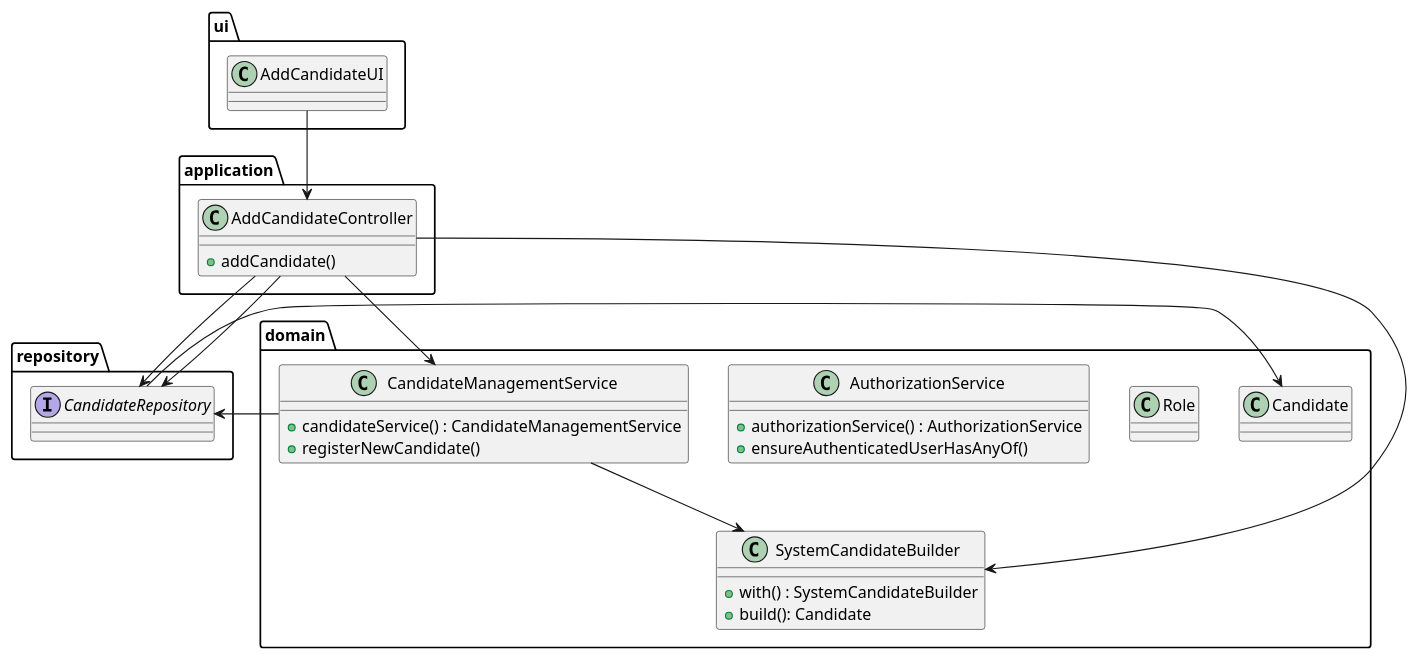
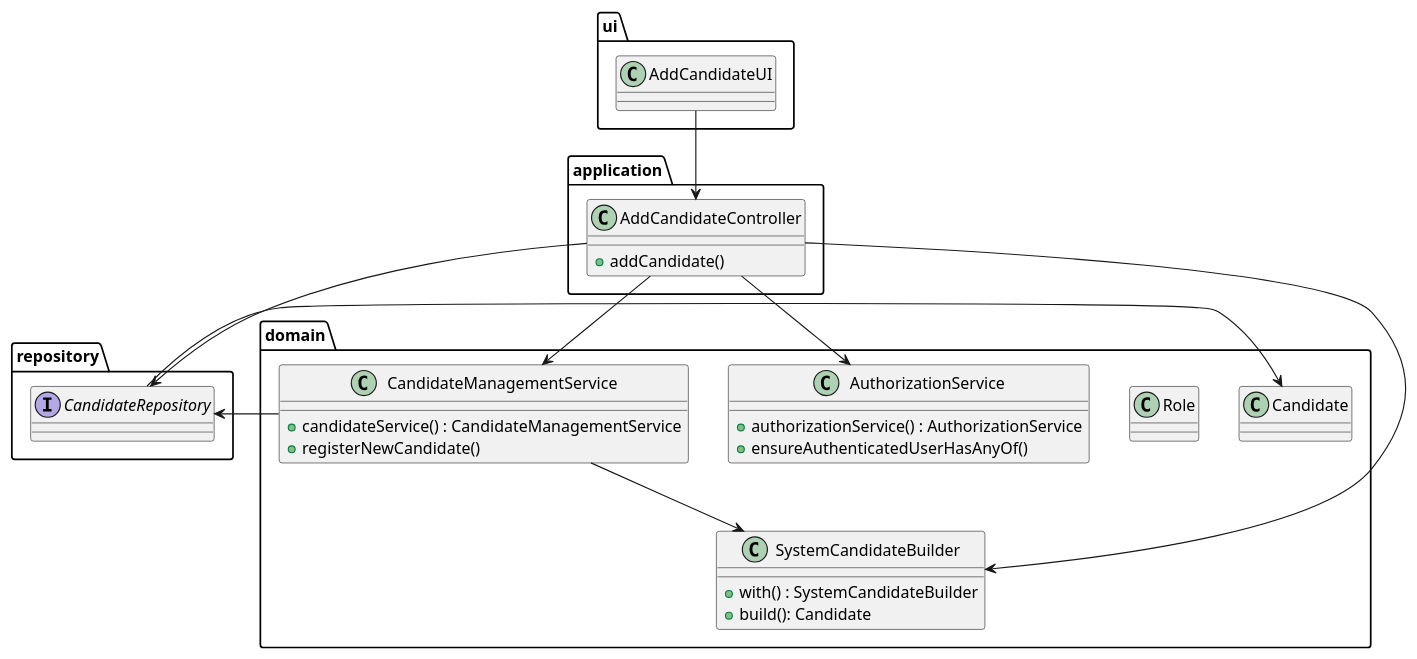
The diagram in docs/sprintB/2000a/puml/2000a-class-diagram.puml (marcoferreira37/Lapr4), drawn with PlantUML before and after one commit. The commit also changed 9 other files, not shown here.

```diff
--- a/docs/sprintB/2000a/puml/2000a-class-diagram.puml
+++ b/docs/sprintB/2000a/puml/2000a-class-diagram.puml
@@ -1,59 +1,59 @@
 @startuml
 
 
 
 
 package ui {
         class AddCandidateUI {
         }
     }
 
 
 
 
     package application {
         class AddCandidateController {
             +addCandidate()
         }
     }
 
     package repository {
 
         interface CandidateRepository{
         }
     }
 
     package domain {
         class Role {}
 
         class AuthorizationService {
             +authorizationService() : AuthorizationService
             +ensureAuthenticatedUserHasAnyOf()
         }
 
         class CandidateManagementService {
             +candidateService() : CandidateManagementService
             +registerNewCandidate()
         }
 
         class SystemCandidateBuilder {
             +with() : SystemCandidateBuilder
             +build(): Candidate
         }
 
         class Candidate {
         }
     }
 
 
 
 CandidateManagementService --> CandidateRepository
 CandidateManagementService --> SystemCandidateBuilder
 AddCandidateUI --> AddCandidateController
 AddCandidateController --> CandidateManagementService
 AddCandidateController --> SystemCandidateBuilder
 AddCandidateController --> CandidateRepository
-AddCandidateController --> CandidateRepository
+AddCandidateController --> AuthorizationService
 CandidateRepository -> Candidate
 
 @enduml
```
